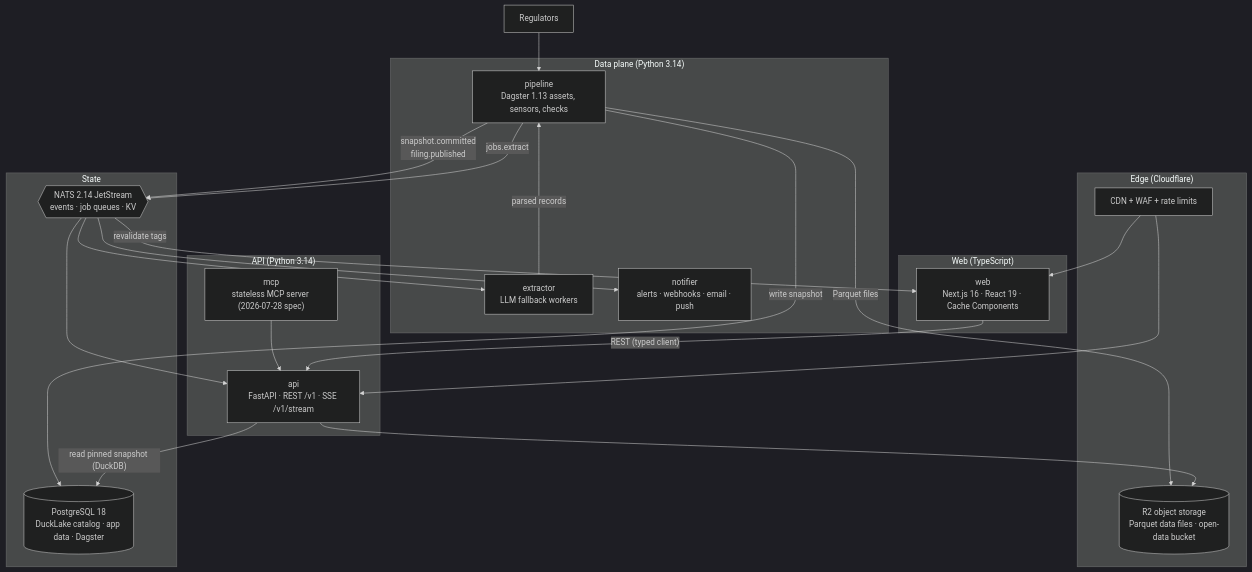
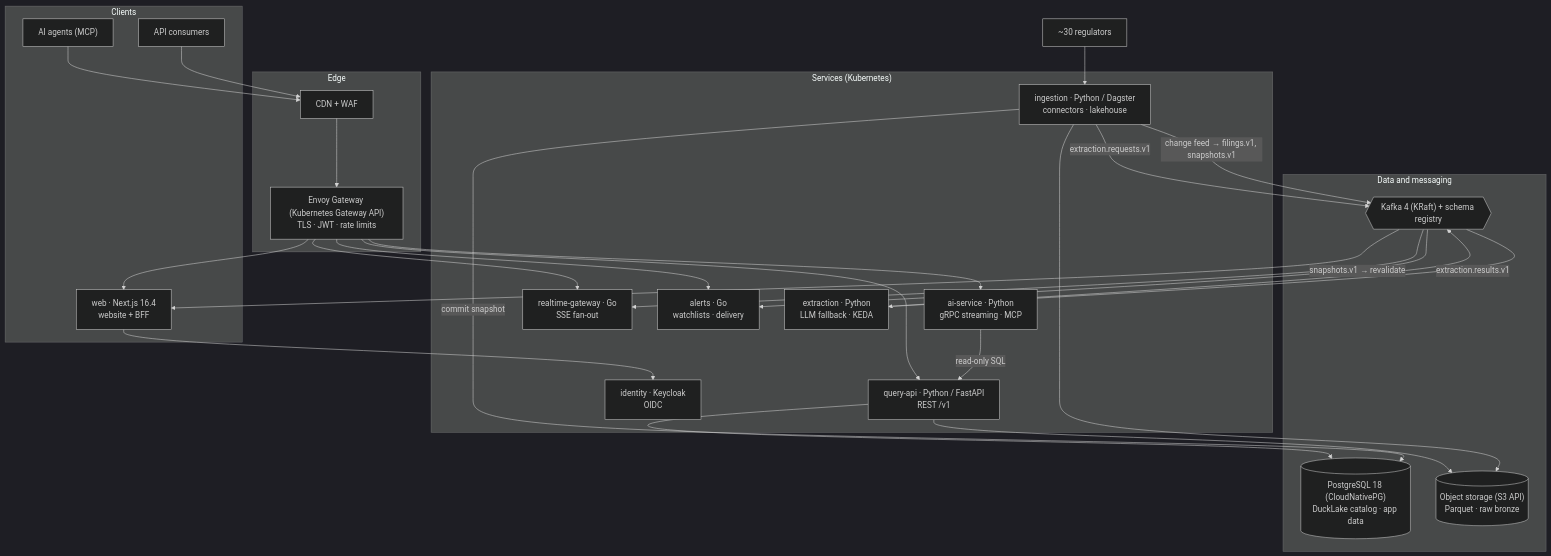
Before and after one commit to Manuelma4/eu-disclosure-atlas: the second of 3 diagrams in docs/architecture.md, drawn with Mermaid (dark theme). The commit also changed other lines of this file and 12 other files, not shown here.

First line of the commit message:
Architecture v2: microservices, Kafka, Kubernetes GitOps, security and SLOs

````diff
--- a/docs/architecture.md
+++ b/docs/architecture.md
@@ -41,38 +41,46 @@
 ```mermaid
 flowchart TB
-    subgraph edge["Edge (Cloudflare)"]
-        CDN["CDN + WAF + rate limits"]
-        R2[("R2 object storage<br/>Parquet data files · open-data bucket")]
+    subgraph edge["Edge"]
+        CDN["CDN + WAF"]
+        GW["Envoy Gateway (Kubernetes Gateway API)<br/>TLS · JWT · rate limits"]
     end
-    subgraph webtier["Web (TypeScript)"]
-        WEB["web<br/>Next.js 16 · React 19 · Cache Components"]
+    subgraph clients["Clients"]
+        WEB["web · Next.js 16.4<br/>website + BFF"]
+        AGT["AI agents (MCP)"]
+        DEV["API consumers"]
     end
-    subgraph apitier["API (Python 3.14)"]
-        API["api<br/>FastAPI · REST /v1 · SSE /v1/stream"]
-        MCP["mcp<br/>stateless MCP server (2026-07-28 spec)"]
+    subgraph services["Services (Kubernetes)"]
+        QAPI["query-api · Python / FastAPI<br/>REST /v1"]
+        AI["ai-service · Python<br/>gRPC streaming · MCP"]
+        RT["realtime-gateway · Go<br/>SSE fan-out"]
+        AL["alerts · Go<br/>watchlists · delivery"]
+        ING["ingestion · Python / Dagster<br/>connectors · lakehouse"]
+        EXT["extraction · Python<br/>LLM fallback · KEDA"]
+        IDP["identity · Keycloak<br/>OIDC"]
     end
-    subgraph data["Data plane (Python 3.14)"]
-        DAG["pipeline<br/>Dagster 1.13 assets, sensors, checks"]
-        EXT["extractor<br/>LLM fallback workers"]
-        NOT["notifier<br/>alerts · webhooks · email · push"]
+    subgraph data["Data and messaging"]
+        K{{"Kafka 4 (KRaft) + schema registry"}}
+        PG[("PostgreSQL 18 (CloudNativePG)<br/>DuckLake catalog · app data")]
+        S3[("Object storage (S3 API)<br/>Parquet · raw bronze")]
     end
-    subgraph state["State"]
-        PG[("PostgreSQL 18<br/>DuckLake catalog · app data · Dagster")]
-        NATS{{"NATS 2.14 JetStream<br/>events · job queues · KV"}}
-    end
-    REG["Regulators"] --> DAG
-    DAG -- "write snapshot" --> PG
-    DAG -- "Parquet files" --> R2
-    DAG -- "snapshot.committed<br/>filing.published" --> NATS
-    DAG -- "jobs.extract" --> NATS
-    NATS --> EXT -- "parsed records" --> DAG
-    NATS --> NOT
-    NATS --> API
-    NATS -- "revalidate tags" --> WEB
-    API -- "read pinned snapshot (DuckDB)" --> PG
-    API --> R2
-    MCP --> API
-    WEB -- "REST (typed client)" --> API
-    CDN --> WEB
-    CDN --> API
+    REG["~30 regulators"] --> ING
+    ING -- "commit snapshot" --> PG
+    ING --> S3
+    ING -- "change feed → filings.v1, snapshots.v1" --> K
+    ING -- "extraction.requests.v1" --> K --> EXT -- "extraction.results.v1" --> K
+    K --> RT
+    K --> AL
+    K -- "snapshots.v1 → revalidate" --> WEB
+    QAPI --> PG
+    QAPI --> S3
+    AI -- "read-only SQL" --> QAPI
+    CDN --> GW
+    GW --> WEB
+    GW --> QAPI
+    GW --> RT
+    GW --> AL
+    GW --> AI
+    WEB --> IDP
+    DEV --> CDN
+    AGT --> CDN
 ```
````
